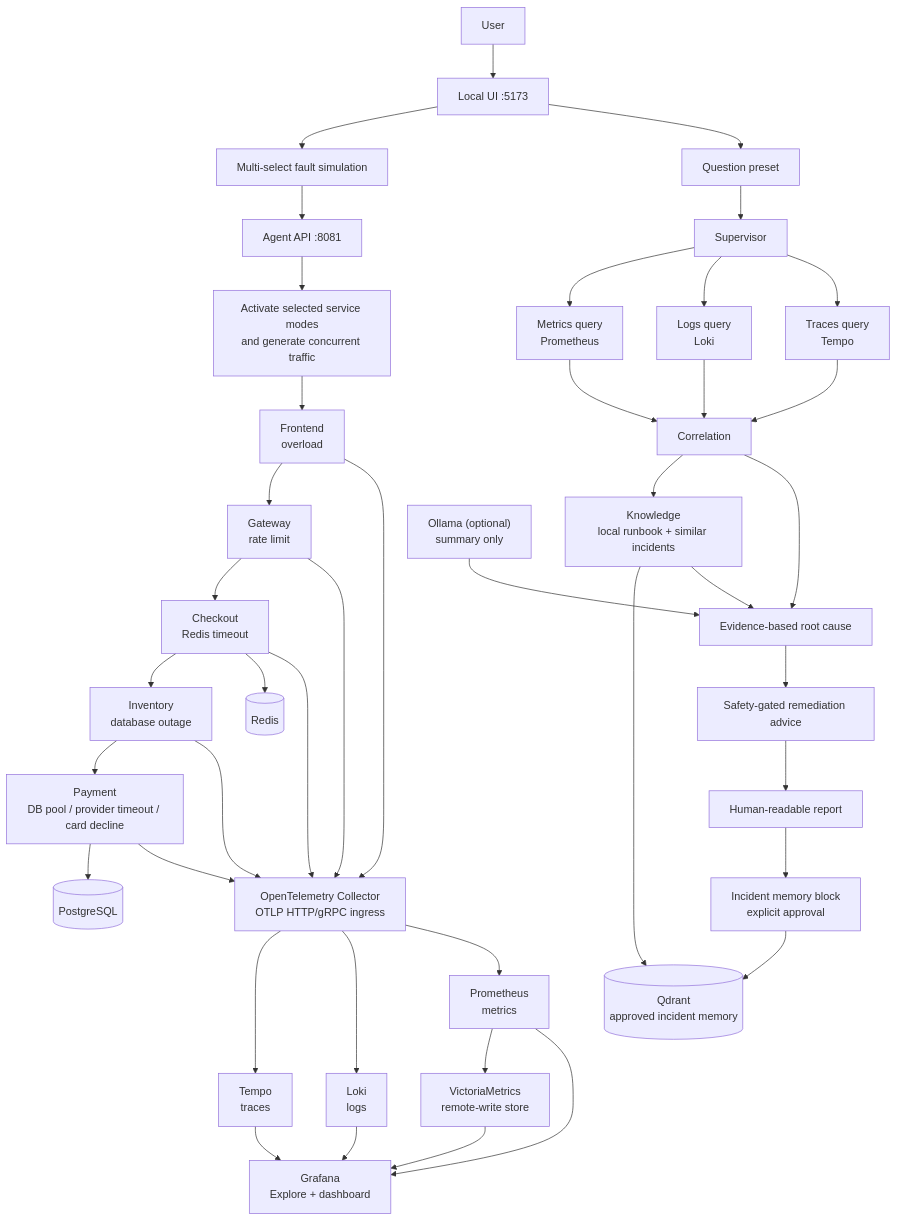
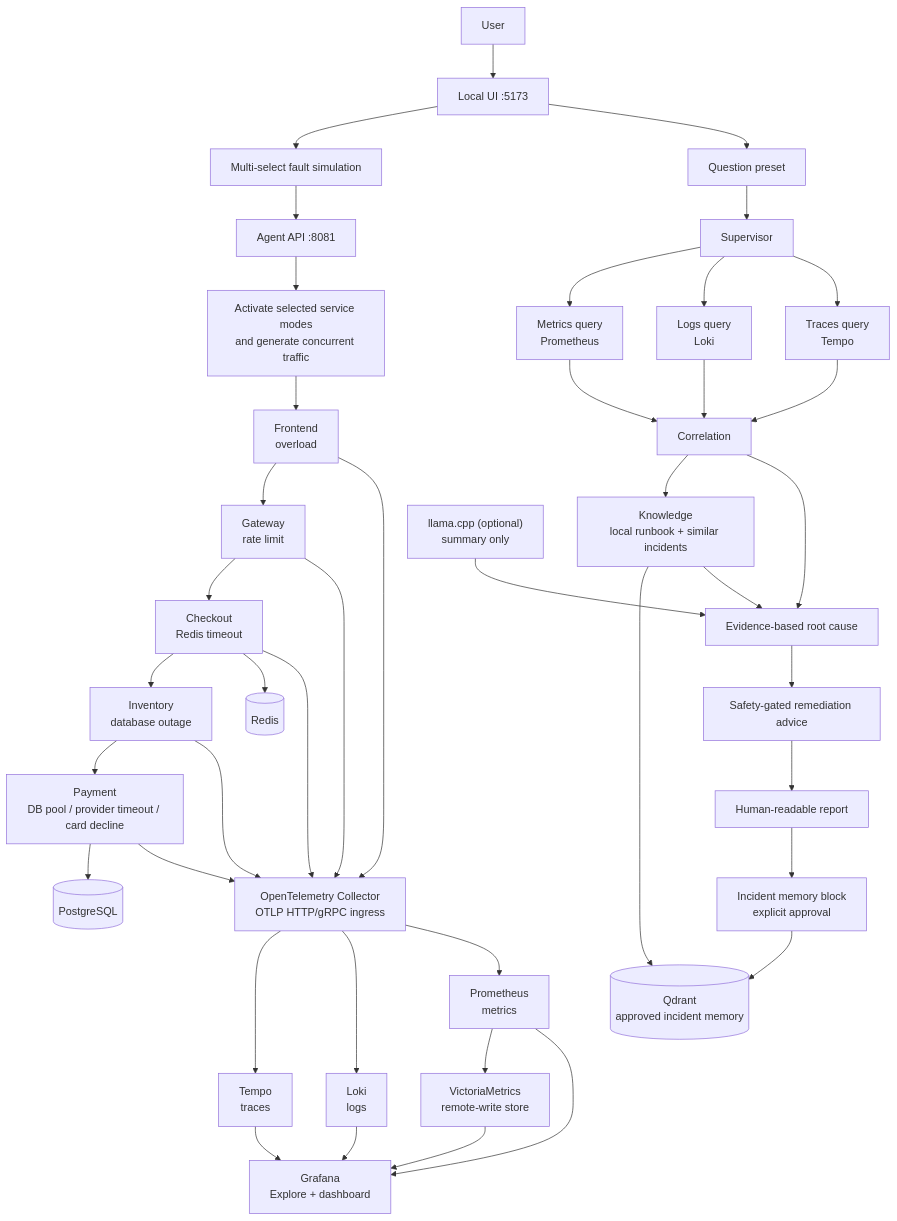
Before and after one commit to meSATYA/observability-with-ai-agents: the diagram in docs/architecture.md, drawn with Mermaid. The commit also changed other lines of this file and 7 other files, not shown here.

Commit message:
Replace Ollama with llama.cpp inference

````diff
--- a/docs/architecture.md
+++ b/docs/architecture.md
@@ -10,37 +10,37 @@
 ```mermaid
 flowchart TB
     U["User"] --> UI["Local UI :5173"]
     UI --> FS["Multi-select fault simulation"]
     FS --> API["Agent API :8081"]
     API --> CTRL["Activate selected service modes\nand generate concurrent traffic"]
 
     CTRL --> FE["Frontend\noverload"]
     FE --> GW["Gateway\nrate limit"]
     GW --> CO["Checkout\nRedis timeout"]
     CO --> IN["Inventory\ndatabase outage"]
     IN --> PA["Payment\nDB pool / provider timeout / card decline"]
     PA --> DB[("PostgreSQL")]
     CO --> R[("Redis")]
 
     FE & GW & CO & IN & PA --> OTEL["OpenTelemetry Collector\nOTLP HTTP/gRPC ingress"]
     OTEL --> TR["Tempo\ntraces"]
     OTEL --> LO["Loki\nlogs"]
     OTEL --> PR["Prometheus\nmetrics"]
     PR --> VM["VictoriaMetrics\nremote-write store"]
     TR & LO & PR & VM --> GF["Grafana\nExplore + dashboard"]
 
     UI --> QUESTION["Question preset"]
     QUESTION --> SUP["Supervisor"]
     SUP --> MA["Metrics query\nPrometheus"]
     SUP --> LA["Logs query\nLoki"]
     SUP --> TA["Traces query\nTempo"]
     MA & LA & TA --> CA["Correlation"]
     CA --> KA["Knowledge\nlocal runbook + similar incidents"]
     KA --> QDRANT[("Qdrant\napproved incident memory")]
     CA & KA --> RCA["Evidence-based root cause"]
     RCA --> RA["Safety-gated remediation advice"]
     RA --> REP["Human-readable report"]
     REP --> MEMORY["Incident memory block\nexplicit approval"]
     MEMORY --> QDRANT
-    OL["Ollama (optional)\nsummary only"] --> RCA
+    OL["llama.cpp (optional)\nsummary only"] --> RCA
 ```
````
